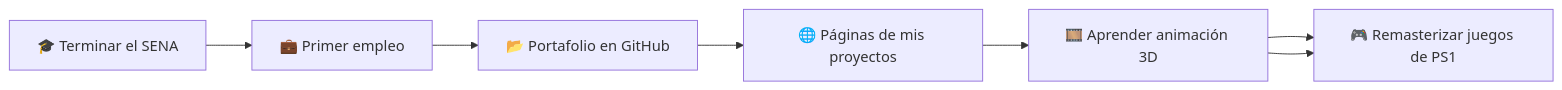
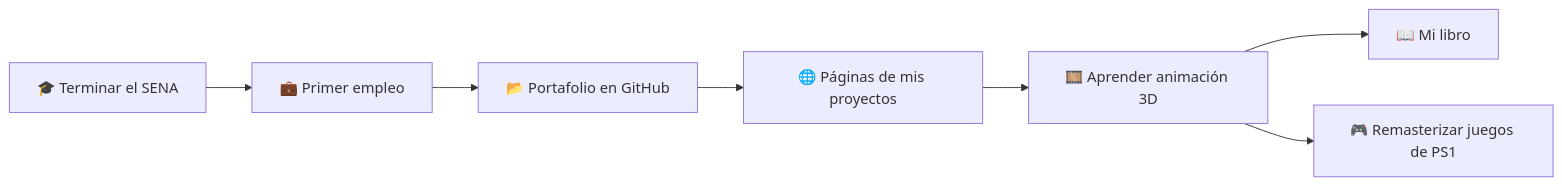
Before and after one commit to Andresmarin-desarrollador/mis-metas: the diagram in README.md, drawn with Mermaid.

Commit message:
Update link reference for remastering PS1 games
actualizada la bifurcacion de mi ruta

````diff
--- a/README.md
+++ b/README.md
@@ -47,9 +47,9 @@
 ```mermaid
 flowchart LR
     A[🎓 Terminar el SENA] --> B[💼 Primer empleo]
     B --> C[📂 Portafolio en GitHub]
     C --> D[🌐 Páginas de mis proyectos]
     D --> E[🎞️ Aprender animación 3D]
     E --> F[📖 Mi libro]
-    E --> F[🎮 Remasterizar juegos de PS1]
+    E --> H[🎮 Remasterizar juegos de PS1]
 ```
````
